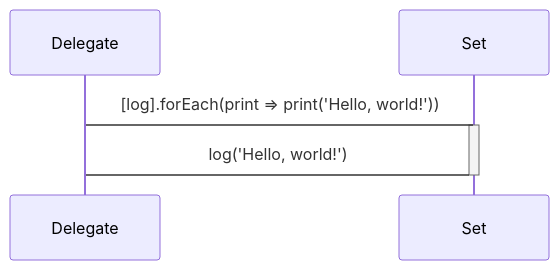
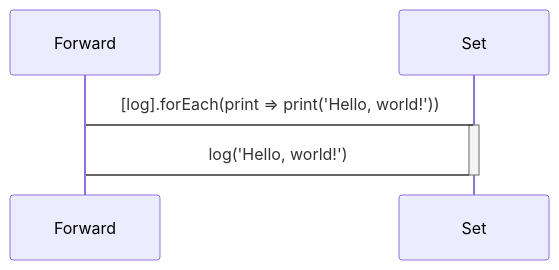
The first of 6 diagrams in README.md (domrally/peekeasy), drawn with Mermaid before and after one commit. The commit also changed other lines of this file, not shown here.

````diff
--- a/README.md
+++ b/README.md
@@ -58,7 +58,7 @@
 ```mermaid
 sequenceDiagram
-    Delegate->Set: [log].forEach(print => print('Hello, world!'))
+    Forward->Set: [log].forEach(print => print('Hello, world!'))
     activate Set
-    Set->Delegate: log('Hello, world!')
+    Set->Forward: log('Hello, world!')
     deactivate Set
 ```
````
